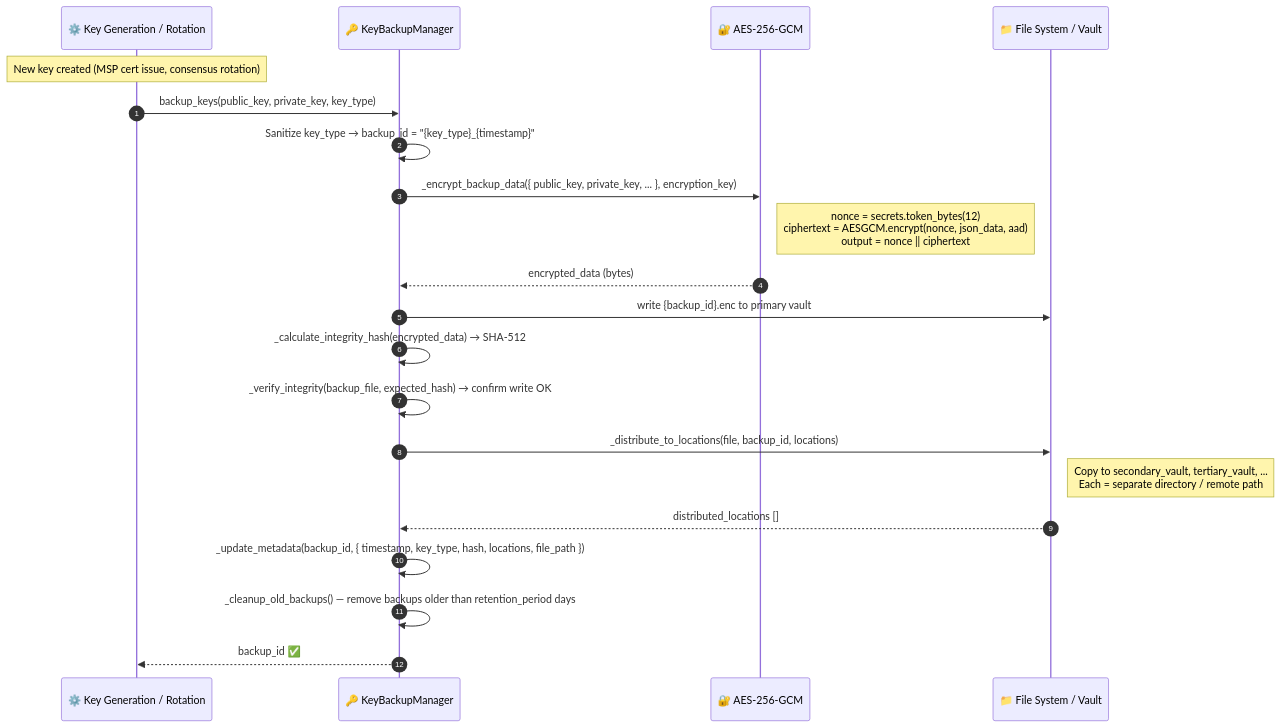
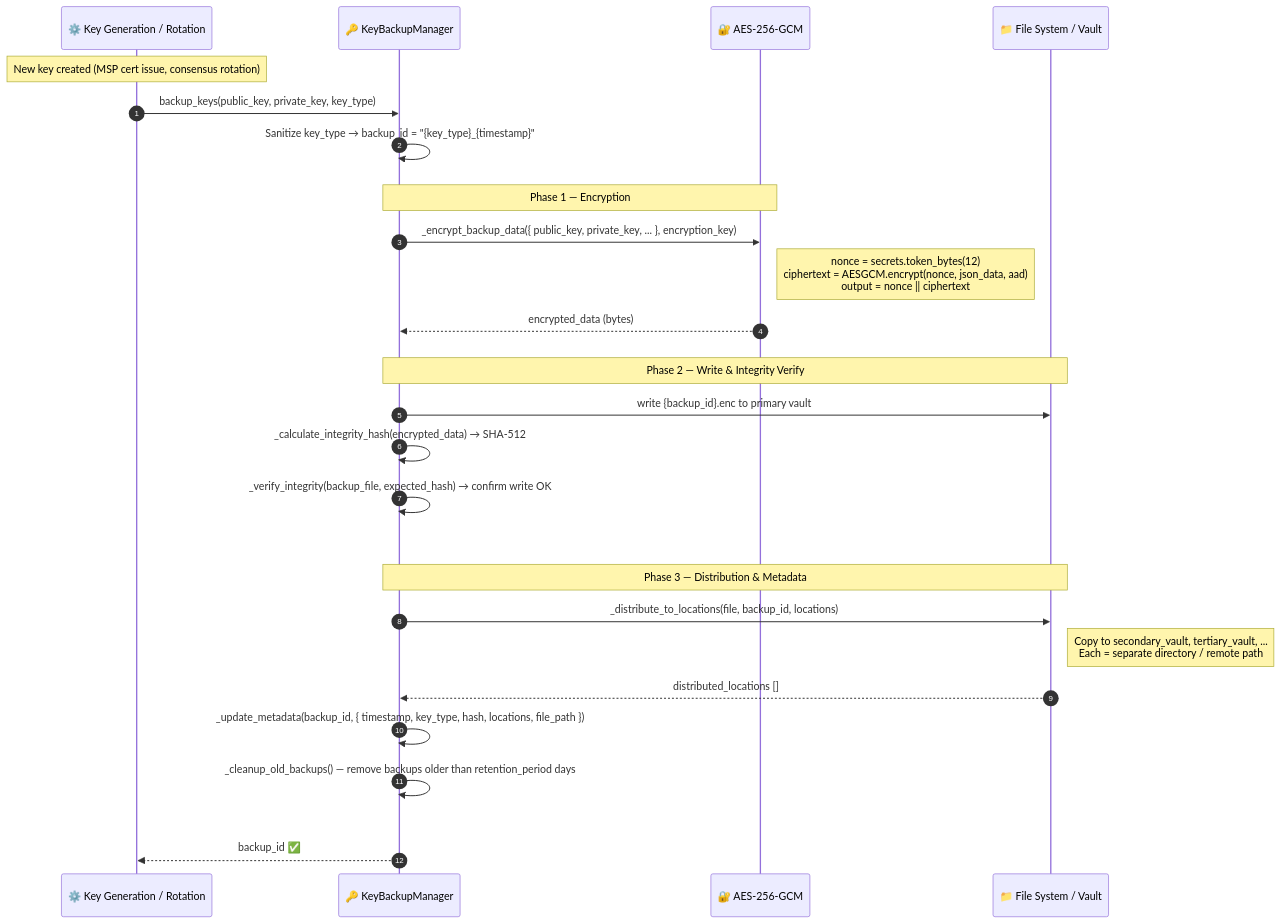
Before and after one commit to VanDung-dev/HieraChain: the first of 3 diagrams in docs/workflows/wf-16-key-backup.md, drawn with Mermaid. The commit also changed other lines of this file and 7 other files, not shown here.

First line of the commit message:
docs(workflows): standardize sequence diagrams and remove hardcoded styling

````diff
--- a/docs/workflows/wf-16-key-backup.md
+++ b/docs/workflows/wf-16-key-backup.md
@@ -22,29 +22,38 @@
 ```mermaid
 sequenceDiagram
     autonumber
     participant Trigger as ⚙️ Key Generation / Rotation
     participant KBM as 🔑 KeyBackupManager
     participant AES as 🔐 AES-256-GCM
     participant FS as 📁 File System / Vault
 
     Note over Trigger: New key created (MSP cert issue, consensus rotation)
 
     Trigger->>KBM: backup_keys(public_key, private_key, key_type)
     KBM->>KBM: Sanitize key_type → backup_id = "{key_type}_{timestamp}"
 
-    KBM->>AES: _encrypt_backup_data({ public_key, private_key, ... }, encryption_key)
-    Note right of AES: nonce = secrets.token_bytes(12)<br/>ciphertext = AESGCM.encrypt(nonce, json_data, aad)<br/>output = nonce || ciphertext
-    AES-->>KBM: encrypted_data (bytes)
+    rect rgb(0, 0, 0, 0)
+        Note over KBM,AES: Phase 1 — Encryption
+        KBM->>AES: _encrypt_backup_data({ public_key, private_key, ... }, encryption_key)
+        Note right of AES: nonce = secrets.token_bytes(12)<br/>ciphertext = AESGCM.encrypt(nonce, json_data, aad)<br/>output = nonce || ciphertext
+        AES-->>KBM: encrypted_data (bytes)
+    end
 
-    KBM->>FS: write {backup_id}.enc to primary vault
-    KBM->>KBM: _calculate_integrity_hash(encrypted_data) → SHA-512
-    KBM->>KBM: _verify_integrity(backup_file, expected_hash) → confirm write OK
+    rect rgb(0, 0, 0, 0)
+        Note over KBM,FS: Phase 2 — Write & Integrity Verify
+        KBM->>FS: write {backup_id}.enc to primary vault
+        KBM->>KBM: _calculate_integrity_hash(encrypted_data) → SHA-512
+        KBM->>KBM: _verify_integrity(backup_file, expected_hash) → confirm write OK
+    end
 
-    KBM->>FS: _distribute_to_locations(file, backup_id, locations)
-    Note right of FS: Copy to secondary_vault, tertiary_vault, ...<br/>Each = separate directory / remote path
-    FS-->>KBM: distributed_locations []
+    rect rgb(0, 0, 0, 0)
+        Note over KBM,FS: Phase 3 — Distribution & Metadata
+        KBM->>FS: _distribute_to_locations(file, backup_id, locations)
+        Note right of FS: Copy to secondary_vault, tertiary_vault, ...<br/>Each = separate directory / remote path
+        FS-->>KBM: distributed_locations []
 
-    KBM->>KBM: _update_metadata(backup_id, { timestamp, key_type, hash, locations, file_path })
-    KBM->>KBM: _cleanup_old_backups() — remove backups older than retention_period days
+        KBM->>KBM: _update_metadata(backup_id, { timestamp, key_type, hash, locations, file_path })
+        KBM->>KBM: _cleanup_old_backups() — remove backups older than retention_period days
+    end
     KBM-->>Trigger: backup_id ✅
 ```
````
